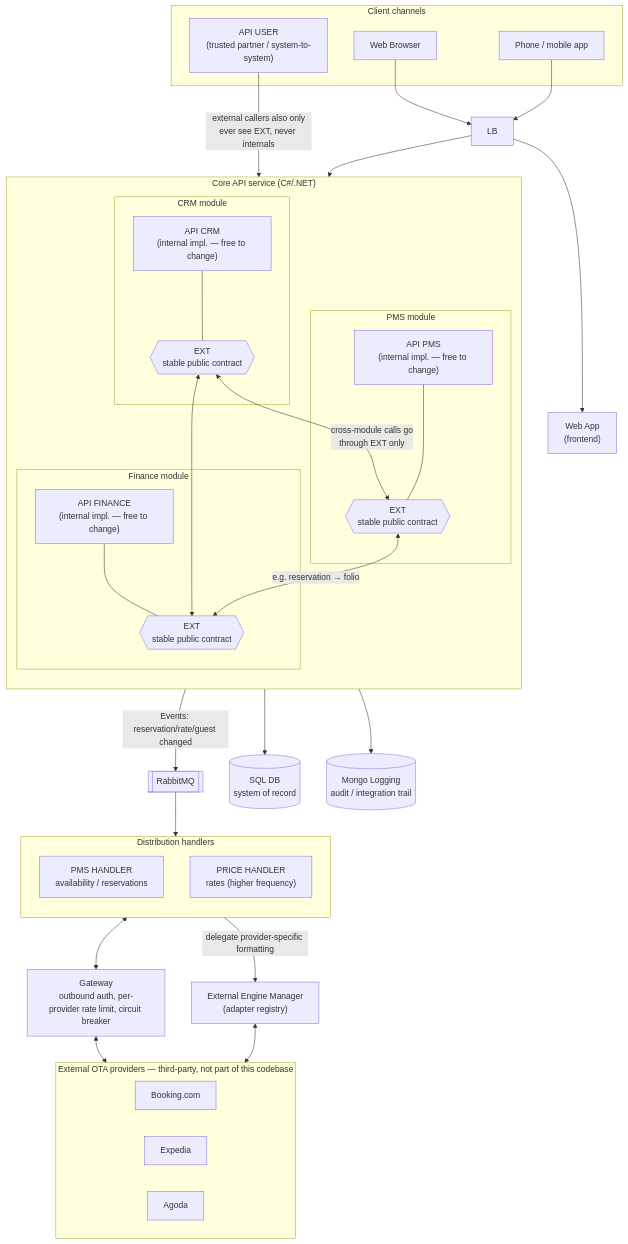
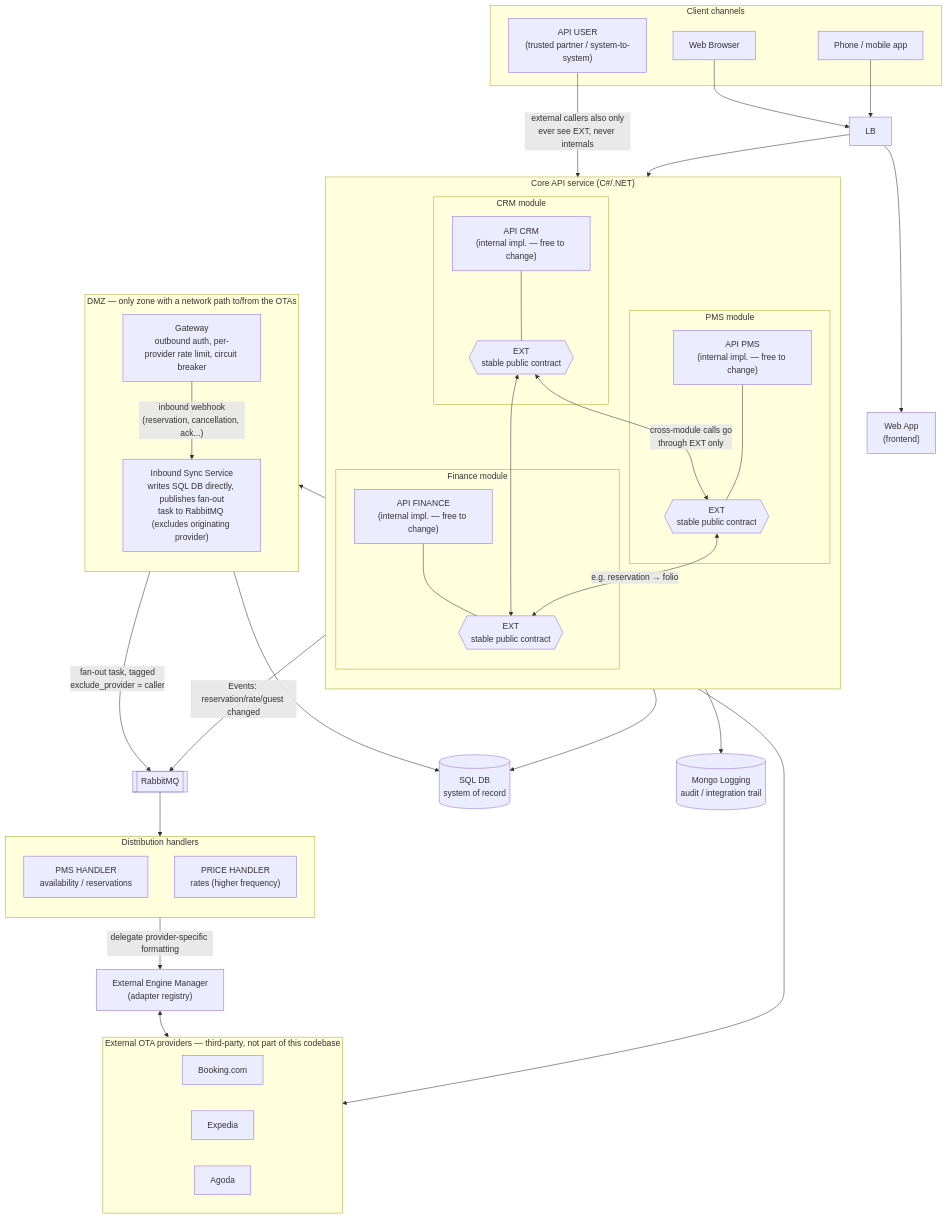
One commit to IdanArgaman/System_Design changed the first of 3 diagrams in designs/09-optima-channel-manager.md. Above: the diagram before and after it, drawn with Mermaid. The commit also changed other lines of this file, not shown here.

Commit message:
Enhance architecture documentation by detailing DMZ components and their interactions, adding clarity on the Inbound Sync Service and Gateway roles, and introducing a transactional outbox pattern to address dual-write issues.

````diff
--- a/designs/09-optima-channel-manager.md
+++ b/designs/09-optima-channel-manager.md
@@ -11,60 +11,68 @@
 ```mermaid
 flowchart TD
     subgraph Clients["Client channels"]
     WebBrowser["Web Browser"]
     Phone["Phone / mobile app"]
     ApiUser["API USER<br/>(trusted partner / system-to-system)"]
     end
 
     WebBrowser & Phone --> LB["LB"]
     LB --> WebApp["Web App<br/>(frontend)"]
     LB --> Core
 
     subgraph Core["Core API service (C#/.NET)"]
     direction TB
     subgraph CrmMod["CRM module"]
     ApiCrm["API CRM<br/>(internal impl. — free to change)"]
     ExtCrm{{"EXT<br/>stable public contract"}}
     ApiCrm --- ExtCrm
     end
     subgraph PmsMod["PMS module"]
     ApiPms["API PMS<br/>(internal impl. — free to change)"]
     ExtPms{{"EXT<br/>stable public contract"}}
     ApiPms --- ExtPms
     end
     subgraph FinMod["Finance module"]
     ApiFinance["API FINANCE<br/>(internal impl. — free to change)"]
     ExtFinance{{"EXT<br/>stable public contract"}}
     ApiFinance --- ExtFinance
     end
     ExtCrm <-->|"cross-module calls go<br/>through EXT only"| ExtPms
     ExtPms <-->|"e.g. reservation → folio"| ExtFinance
     ExtCrm <--> ExtFinance
     end
 
     ApiUser -->|"external callers also only<br/>ever see EXT, never internals"| ExtFinance
 
     Core -->|"Events: reservation/rate/guest changed"| RMQ[["RabbitMQ"]]
     Core --> SqlDB[("SQL DB<br/>system of record")]
     Core --> MongoLog[("Mongo Logging<br/>audit / integration trail")]
 
     RMQ --> Handlers
 
     subgraph Handlers["Distribution handlers"]
     direction TB
     PmsHandler["PMS HANDLER<br/>availability / reservations"]
     PriceHandler["PRICE HANDLER<br/>rates (higher frequency)"]
     end
 
-    Handlers <--> Gateway["Gateway<br/>outbound auth, per-provider rate limit, circuit breaker"]
     Handlers -->|"delegate provider-specific formatting"| EngineMgr["External Engine Manager<br/>(adapter registry)"]
+    EngineMgr <--> OTACloud
+
+    subgraph DMZ["DMZ — only zone with a network path to/from the OTAs"]
+    direction TB
+    Gateway["Gateway<br/>outbound auth, per-provider rate limit, circuit breaker"]
+    InboundSync["Inbound Sync Service<br/>writes SQL DB directly, publishes fan-out<br/>task to RabbitMQ (excludes originating provider)"]
+    Gateway -->|"inbound webhook<br/>(reservation, cancellation, ack...)"| InboundSync
+    end
 
     Gateway <--> OTACloud
-    EngineMgr <--> OTACloud
+    InboundSync --> SqlDB
+    InboundSync -->|"fan-out task, tagged<br/>exclude_provider = caller"| RMQ
 
     subgraph OTACloud["External OTA providers — third-party, not part of this codebase"]
     Booking["Booking.com"]
     Expedia["Expedia"]
     Agoda["Agoda"]
     end
 ```
````
